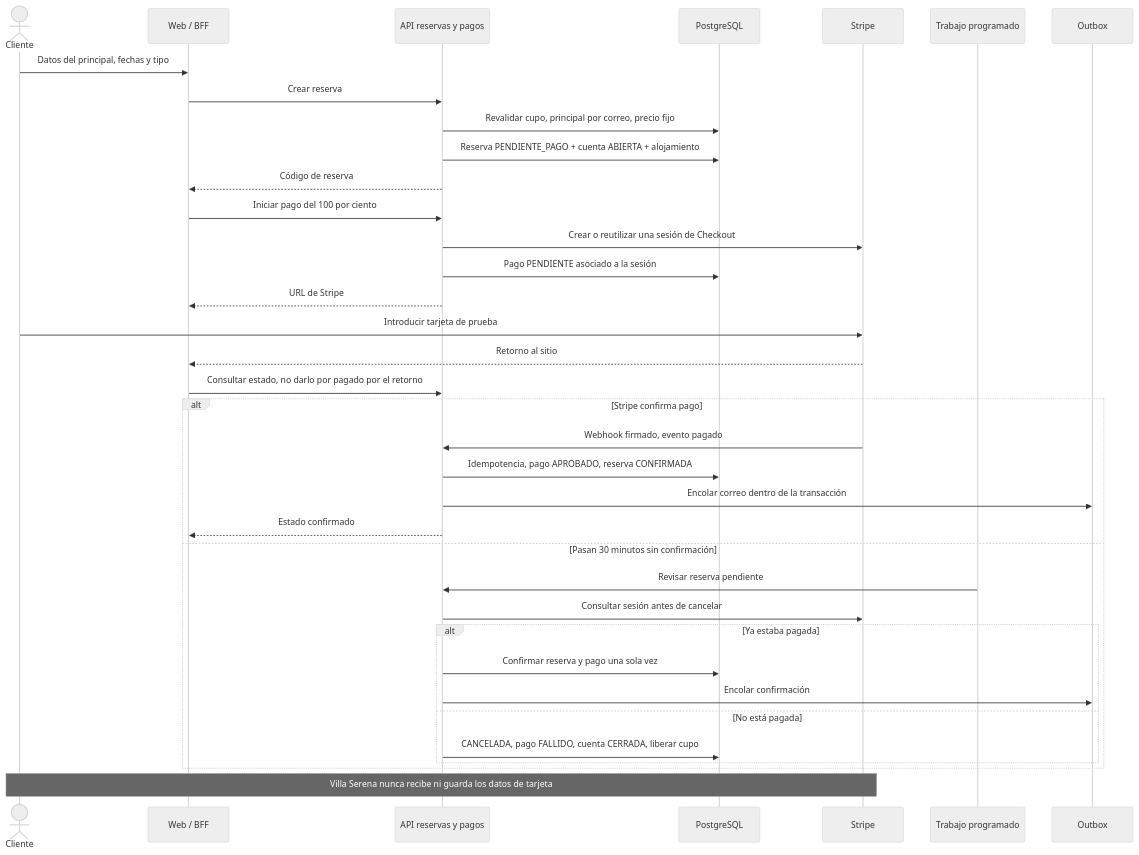
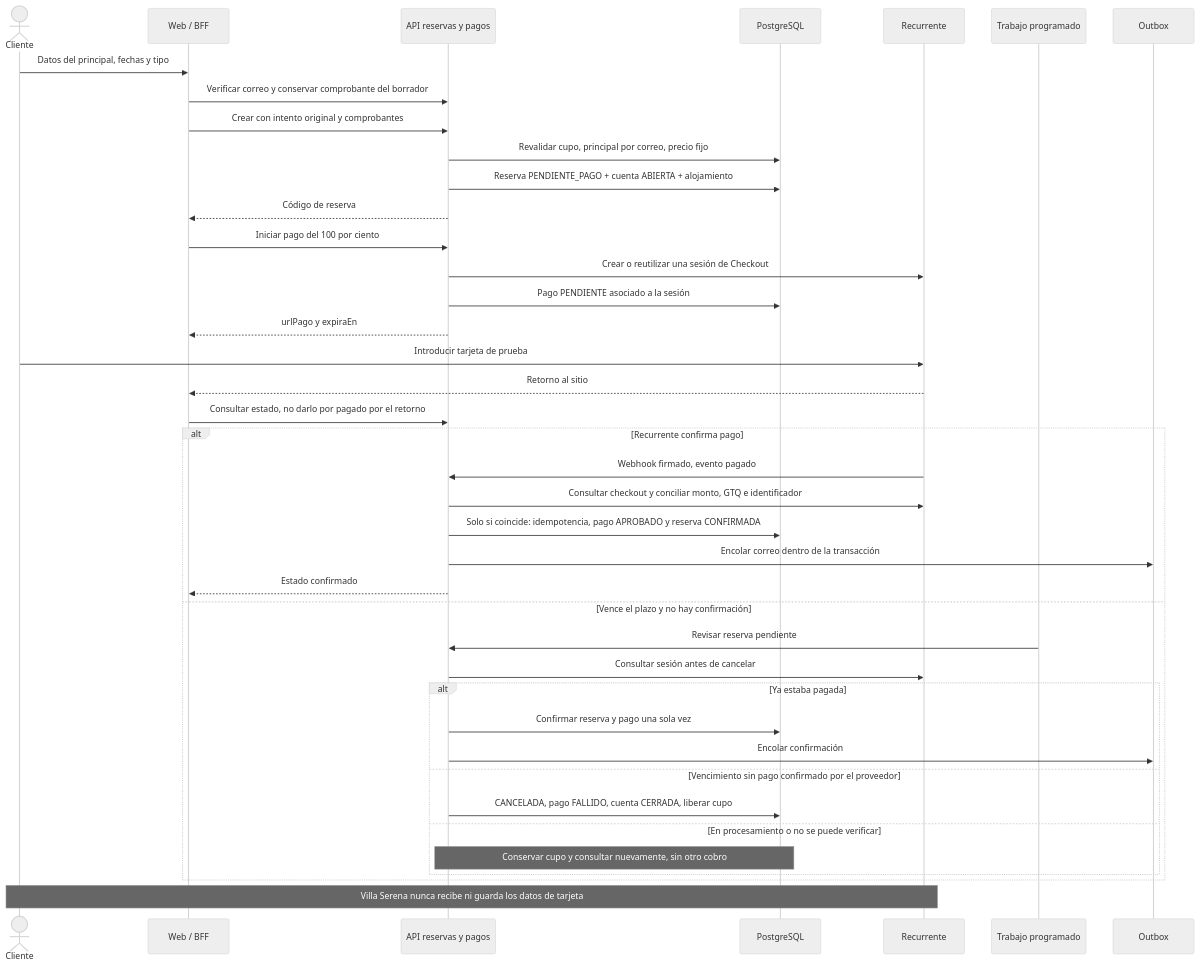
Before and after one commit to villaserenaguatee/villa-serena-docs: the diagram in 03-arquitectura/diagramas-sistema/06-secuencia-reserva-web-stripe-y-vencimiento.md, drawn with Mermaid (neutral theme). The commit also changed other lines of this file and 29 other files, not shown here.

````diff
--- a/03-arquitectura/diagramas-sistema/06-secuencia-reserva-web-stripe-y-vencimiento.md
+++ b/03-arquitectura/diagramas-sistema/06-secuencia-reserva-web-stripe-y-vencimiento.md
@@ -7,38 +9,42 @@
 ```mermaid
 sequenceDiagram
   actor C as Cliente
   participant B as Web / BFF
   participant S as API reservas y pagos
   participant D as PostgreSQL
-  participant X as Stripe
+  participant X as Recurrente
   participant J as Trabajo programado
   participant O as Outbox
   C->>B: Datos del principal, fechas y tipo
-  B->>S: Crear reserva
+  B->>S: Verificar correo y conservar comprobante del borrador
+  B->>S: Crear con intento original y comprobantes
   S->>D: Revalidar cupo, principal por correo, precio fijo
   S->>D: Reserva PENDIENTE_PAGO + cuenta ABIERTA + alojamiento
   S-->>B: Código de reserva
   B->>S: Iniciar pago del 100 por ciento
   S->>X: Crear o reutilizar una sesión de Checkout
   S->>D: Pago PENDIENTE asociado a la sesión
-  S-->>B: URL de Stripe
+  S-->>B: urlPago y expiraEn
   C->>X: Introducir tarjeta de prueba
   X-->>B: Retorno al sitio
   B->>S: Consultar estado, no darlo por pagado por el retorno
-  alt Stripe confirma pago
+  alt Recurrente confirma pago
     X->>S: Webhook firmado, evento pagado
-    S->>D: Idempotencia, pago APROBADO, reserva CONFIRMADA
+    S->>X: Consultar checkout y conciliar monto, GTQ e identificador
+    S->>D: Solo si coincide: idempotencia, pago APROBADO y reserva CONFIRMADA
     S->>O: Encolar correo dentro de la transacción
     S-->>B: Estado confirmado
-  else Pasan 30 minutos sin confirmación
+  else Vence el plazo y no hay confirmación
     J->>S: Revisar reserva pendiente
     S->>X: Consultar sesión antes de cancelar
     alt Ya estaba pagada
       S->>D: Confirmar reserva y pago una sola vez
       S->>O: Encolar confirmación
-    else No está pagada
+    else Vencimiento sin pago confirmado por el proveedor
       S->>D: CANCELADA, pago FALLIDO, cuenta CERRADA, liberar cupo
+    else En procesamiento o no se puede verificar
+      Note over S,D: Conservar cupo y consultar nuevamente, sin otro cobro
     end
   end
   Note over C,X: Villa Serena nunca recibe ni guarda los datos de tarjeta
 ```
````
